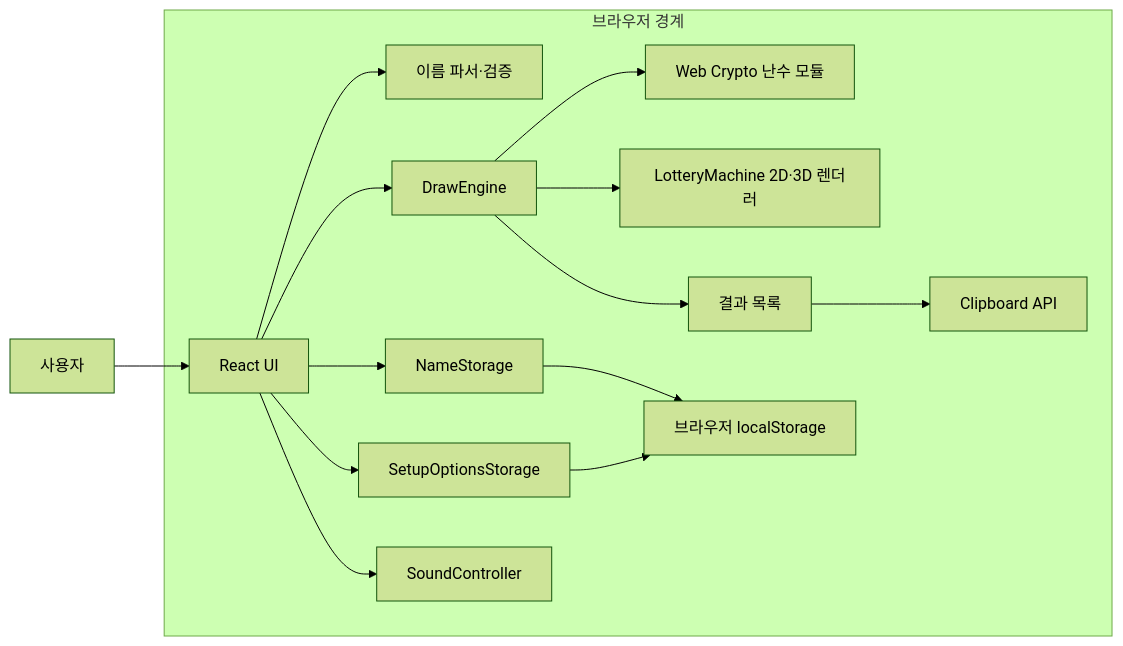
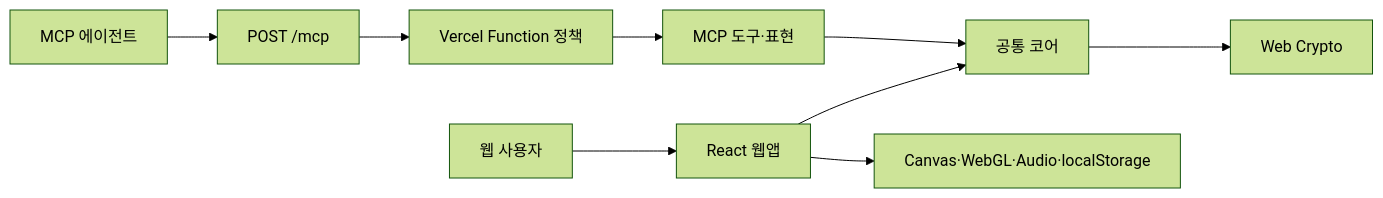
The first of 2 diagrams in docs/architecture.md (tinywolf/roulette), drawn with Mermaid (forest theme) before and after one commit. The commit also changed other lines of this file and 77 other files, not shown here.

````diff
--- a/docs/architecture.md
+++ b/docs/architecture.md
@@ -22,29 +22,13 @@
 ```mermaid
 flowchart LR
-    User["사용자"] --> UI["React UI"]
-    UI --> Parser["이름 파서·검증"]
-    UI --> Engine["DrawEngine"]
-    UI --> NameStorage["NameStorage"]
-    UI --> OptionsStorage["SetupOptionsStorage"]
-    UI --> Sound["SoundController"]
-    Engine --> Random["Web Crypto 난수 모듈"]
-    Engine --> Renderer["LotteryMachine 2D·3D 렌더러"]
-    NameStorage --> LocalStorage["브라우저 localStorage"]
-    OptionsStorage --> LocalStorage
-    Engine --> Results["결과 목록"]
-    Results --> Clipboard["Clipboard API"]
+    User["웹 사용자"] --> Web["React 웹앱"]
+    Web --> Core["공통 코어"]
+    Web --> Browser["Canvas·WebGL·Audio·localStorage"]
 
-    subgraph Browser["브라우저 경계"]
-      UI
-      Parser
-      Engine
-      Random
-      Renderer
-      NameStorage
-      OptionsStorage
-      Sound
-      Results
-      LocalStorage
-      Clipboard
-    end
+    Agent["MCP 에이전트"] --> Route["POST /mcp"]
+    Route --> Api["Vercel Function 정책"]
+    Api --> Mcp["MCP 도구·표현"]
+    Mcp --> Core
+
+    Core --> Crypto["Web Crypto"]
 ```
````
